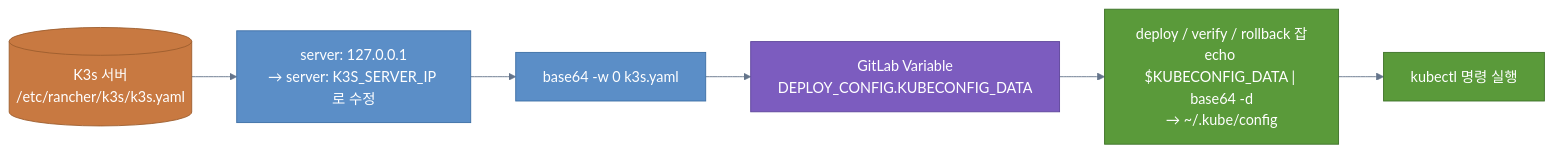
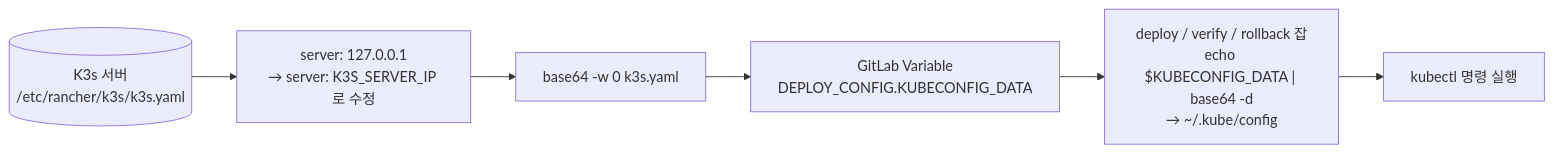
The fourth of 8 diagrams in posts/study/infra/gitlab-cicd-guide.md (Seobway23/Seobway23.github.io), drawn with Mermaid before and after one commit. The commit also changed other lines of this file and 21 other files, not shown here.

Commit message:
:sparkles: mermaid, code,inline edit

````diff
--- a/posts/study/infra/gitlab-cicd-guide.md
+++ b/posts/study/infra/gitlab-cicd-guide.md
@@ -200,22 +179,15 @@
 ```mermaid
-%%{init: {'theme': 'base', 'themeVariables': {'primaryColor': '#5b8ec7', 'primaryTextColor': '#fff', 'primaryBorderColor': '#3d6fa5', 'lineColor': '#64748b', 'edgeLabelBackground': '#eef2f7'}}}%%
+%% desc: kubeconfig 준비 흐름 — K3s 설정 파일을 base64 인코딩해 GitLab Variable로 관리
 flowchart LR
     K3S[("K3s 서버\n/etc/rancher/k3s/k3s.yaml")]
     EDIT["server: 127.0.0.1\n→ server: K3S_SERVER_IP 로 수정"]
     B64["base64 -w 0 k3s.yaml"]
     VAR["GitLab Variable\nDEPLOY_CONFIG.KUBECONFIG_DATA"]
     JOB["deploy / verify / rollback 잡\necho $KUBECONFIG_DATA | base64 -d\n→ ~/.kube/config"]
     KUBECTL["kubectl 명령 실행"]
 
     K3S --> EDIT --> B64 --> VAR --> JOB --> KUBECTL
 
-    classDef k3s fill:#c87941,stroke:#9e5e2e,color:#fff
-    classDef proc fill:#5b8ec7,stroke:#3d6fa5,color:#fff
-    classDef var fill:#7c5cbf,stroke:#5d449a,color:#fff
-    classDef job fill:#5a9a3a,stroke:#3d7228,color:#fff
 
-    class K3S k3s
-    class EDIT,B64 proc
-    class VAR var
-    class JOB,KUBECTL job
+
 ```
````
